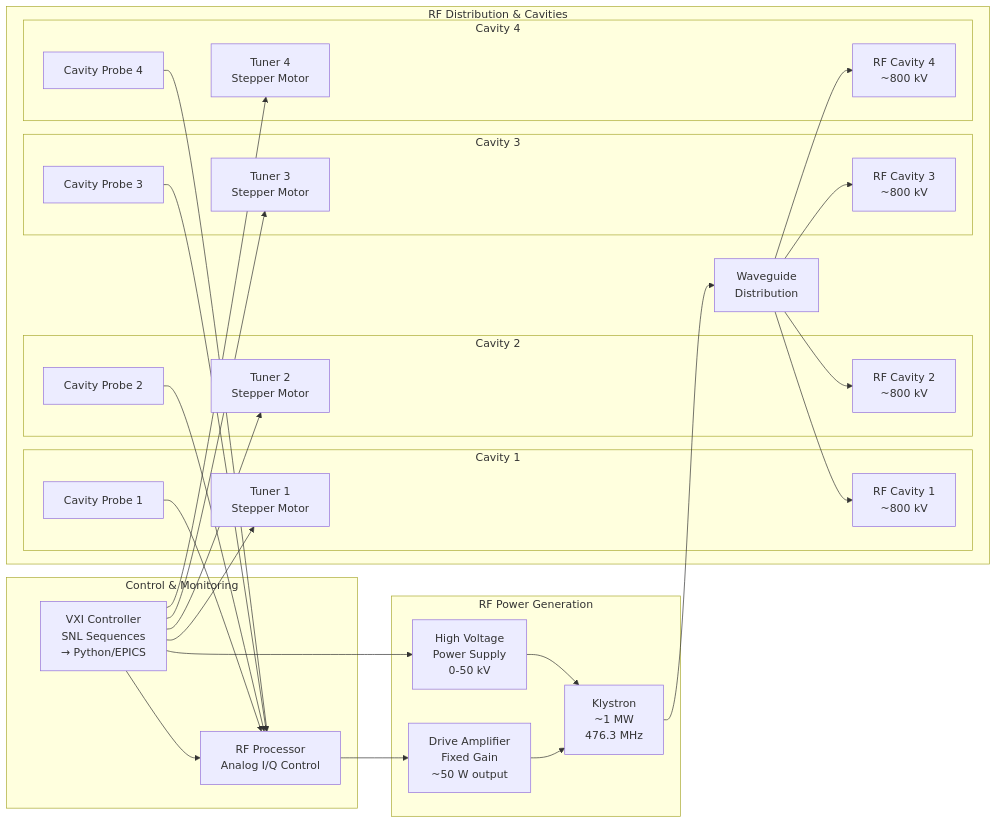
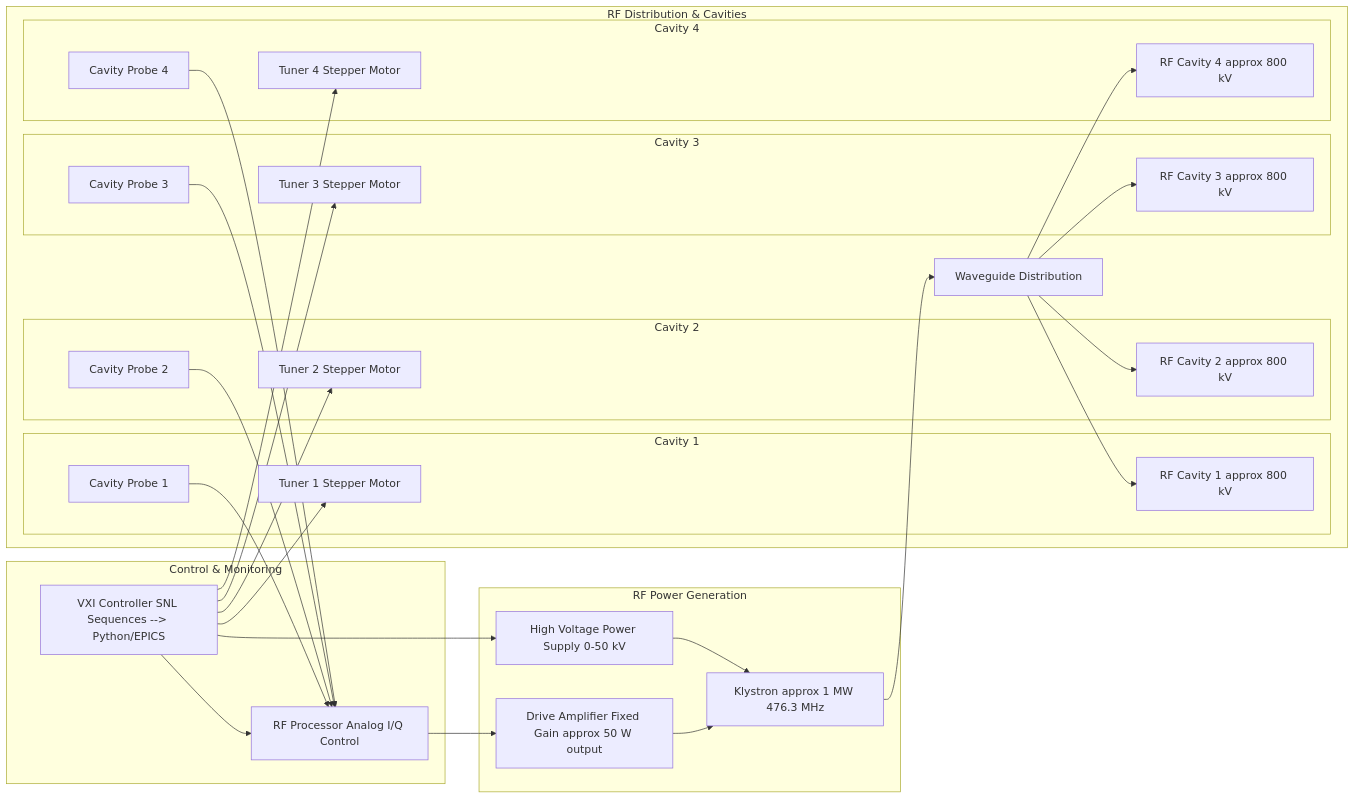
One commit to fayaw/spearlegacyLLRF changed the second of 18 diagrams in SPEAR3_LLRF_COMPREHENSIVE_ANALYSIS.md. Above: the diagram before and after it, drawn with Mermaid. The commit also changed other lines of this file, not shown here.

First line of the commit message:
Fix Mermaid diagram syntax errors

````diff
--- a/SPEAR3_LLRF_COMPREHENSIVE_ANALYSIS.md
+++ b/SPEAR3_LLRF_COMPREHENSIVE_ANALYSIS.md
@@ -74,63 +74,63 @@
 ```mermaid
 graph LR
-    subgraph "RF Power Generation"
-        HVPS[High Voltage<br/>Power Supply<br/>0-50 kV]
-        Drive[Drive Amplifier<br/>Fixed Gain<br/>~50 W output]
-        Klystron[Klystron<br/>~1 MW<br/>476.3 MHz]
-    end
-    
-    subgraph "RF Distribution & Cavities"
-        WG[Waveguide<br/>Distribution]
-        
-        subgraph "Cavity 1"
-            C1[RF Cavity 1<br/>~800 kV]
-            T1[Tuner 1<br/>Stepper Motor]
-            P1[Cavity Probe 1]
-        end
-        
-        subgraph "Cavity 2"
-            C2[RF Cavity 2<br/>~800 kV]
-            T2[Tuner 2<br/>Stepper Motor]
-            P2[Cavity Probe 2]
-        end
-        
-        subgraph "Cavity 3"
-            C3[RF Cavity 3<br/>~800 kV]
-            T3[Tuner 3<br/>Stepper Motor]
-            P3[Cavity Probe 3]
-        end
-        
-        subgraph "Cavity 4"
-            C4[RF Cavity 4<br/>~800 kV]
-            T4[Tuner 4<br/>Stepper Motor]
-            P4[Cavity Probe 4]
-        end
-    end
-    
-    subgraph "Control & Monitoring"
-        RFP[RF Processor<br/>Analog I/Q Control]
-        VXI[VXI Controller<br/>SNL Sequences<br/>→ Python/EPICS]
-    end
-    
-    HVPS --> Klystron
-    Drive --> Klystron
-    RFP --> Drive
-    Klystron --> WG
-    
-    WG --> C1
-    WG --> C2
-    WG --> C3
-    WG --> C4
-    
-    P1 --> RFP
-    P2 --> RFP
-    P3 --> RFP
-    P4 --> RFP
-    
-    VXI --> HVPS
-    VXI --> RFP
-    VXI --> T1
-    VXI --> T2
-    VXI --> T3
-    VXI --> T4
+ subgraph "RF Power Generation"
+ HVPS[High Voltage Power Supply 0-50 kV]
+ Drive[Drive Amplifier Fixed Gain approx 50 W output]
+ Klystron[Klystron approx 1 MW 476.3 MHz]
+ end
+ 
+ subgraph "RF Distribution & Cavities"
+ WG[Waveguide Distribution]
+ 
+ subgraph "Cavity 1"
+ C1[RF Cavity 1 approx 800 kV]
+ T1[Tuner 1 Stepper Motor]
+ P1[Cavity Probe 1]
+ end
+ 
+ subgraph "Cavity 2"
+ C2[RF Cavity 2 approx 800 kV]
+ T2[Tuner 2 Stepper Motor]
+ P2[Cavity Probe 2]
+ end
+ 
+ subgraph "Cavity 3"
+ C3[RF Cavity 3 approx 800 kV]
+ T3[Tuner 3 Stepper Motor]
+ P3[Cavity Probe 3]
+ end
+ 
+ subgraph "Cavity 4"
+ C4[RF Cavity 4 approx 800 kV]
+ T4[Tuner 4 Stepper Motor]
+ P4[Cavity Probe 4]
+ end
+ end
+ 
+ subgraph "Control & Monitoring"
+ RFP[RF Processor Analog I/Q Control]
+ VXI[VXI Controller SNL Sequences --> Python/EPICS]
+ end
+ 
+ HVPS --> Klystron
+ Drive --> Klystron
+ RFP --> Drive
+ Klystron --> WG
+ 
+ WG --> C1
+ WG --> C2
+ WG --> C3
+ WG --> C4
+ 
+ P1 --> RFP
+ P2 --> RFP
+ P3 --> RFP
+ P4 --> RFP
+ 
+ VXI --> HVPS
+ VXI --> RFP
+ VXI --> T1
+ VXI --> T2
+ VXI --> T3
+ VXI --> T4
 ```
````
